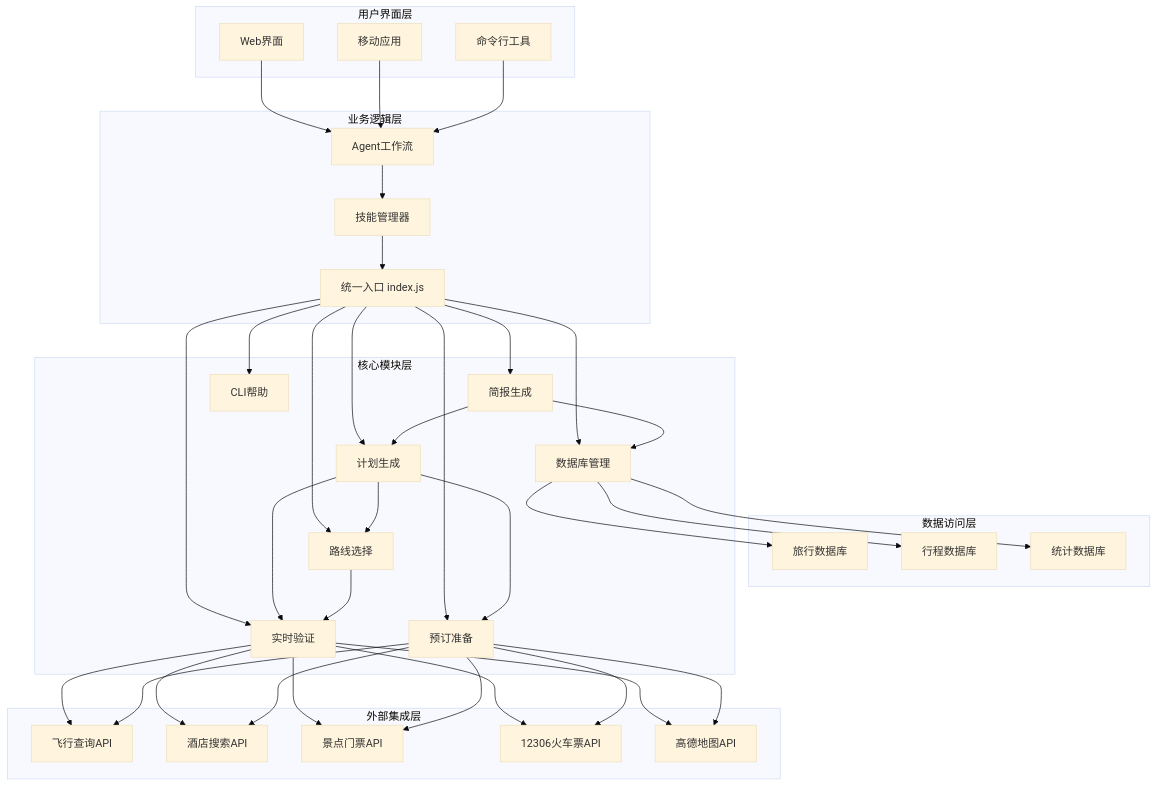
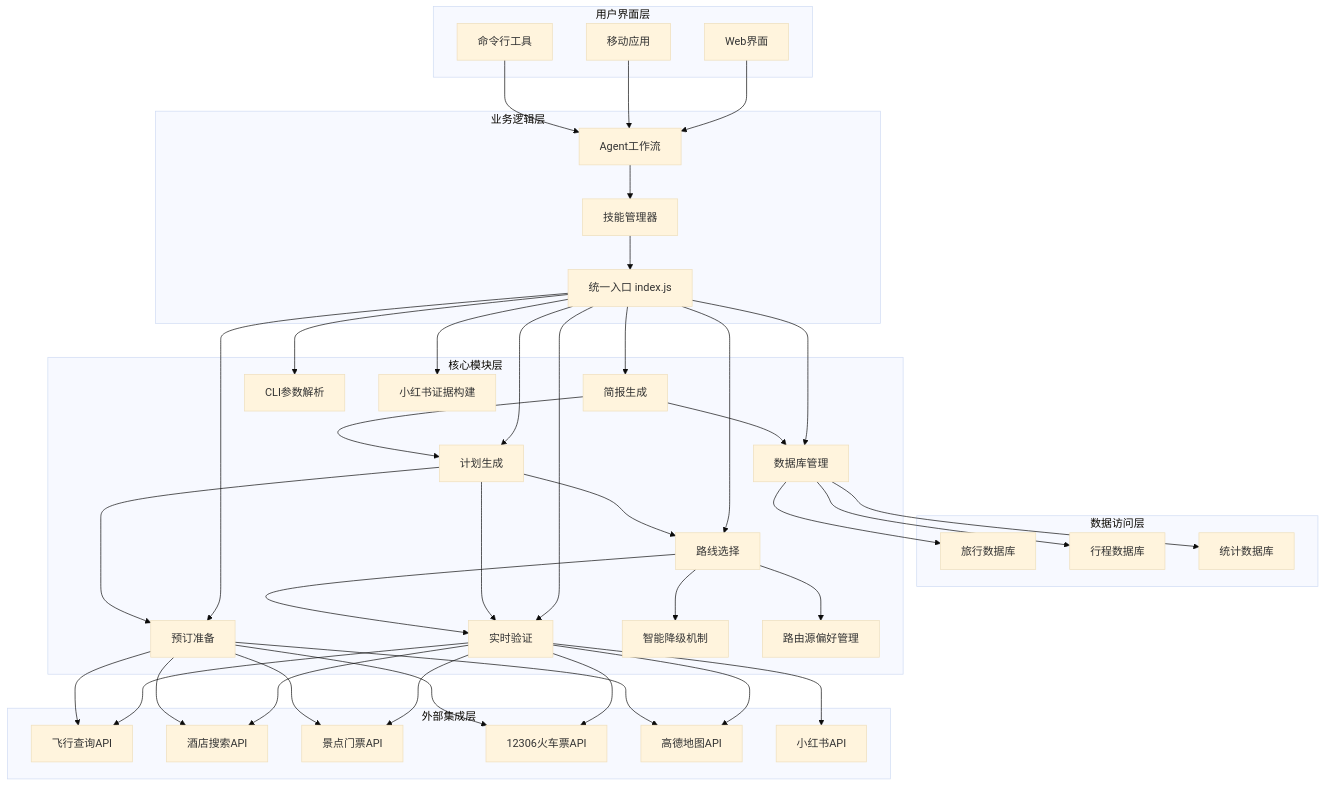
Before and after one commit to verse-ai-org/openclaw: the second of 8 diagrams in .qoder/repowiki/zh/content/技能平台/内置技能/旅行规划技能系统.md, drawn with Mermaid (base theme). The commit also changed other lines of this file and 16 other files, not shown here.

````diff
--- a/.qoder/repowiki/zh/content/技能平台/内置技能/旅行规划技能系统.md
+++ b/.qoder/repowiki/zh/content/技能平台/内置技能/旅行规划技能系统.md
@@ -204,65 +239,73 @@
 ```mermaid
 graph TB
 subgraph "用户界面层"
 A[Web界面]
 B[移动应用]
 C[命令行工具]
 end
 subgraph "业务逻辑层"
 D[Agent工作流]
 E[技能管理器]
 F[统一入口 index.js]
 end
 subgraph "数据访问层"
 G[旅行数据库]
 H[行程数据库]
 I[统计数据库]
 end
 subgraph "外部集成层"
 J[飞行查询API]
 K[酒店搜索API]
 L[景点门票API]
 M[12306火车票API]
 N[高德地图API]
+O[小红书API]
 end
 subgraph "核心模块层"
-O[数据库管理]
-P[计划生成]
-Q[路线选择]
-R[实时验证]
-S[预订准备]
-T[简报生成]
-U[CLI帮助]
+P[数据库管理]
+Q[计划生成]
+R[路线选择]
+S[实时验证]
+T[预订准备]
+U[简报生成]
+V[CLI参数解析]
+W[小红书证据构建]
+X[智能降级机制]
+Y[路由源偏好管理]
 end
 A --> D
 B --> D
 C --> D
 D --> E
 E --> F
-F --> O
 F --> P
 F --> Q
 F --> R
 F --> S
 F --> T
 F --> U
-O --> G
-O --> H
-O --> I
-P --> Q
-P --> R
-P --> S
+F --> V
+F --> W
+R --> X
+R --> Y
+P --> G
+P --> H
+P --> I
 Q --> R
-R --> J
-R --> K
-R --> L
-R --> M
-R --> N
+Q --> S
+Q --> T
+R --> S
 S --> J
 S --> K
 S --> L
 S --> M
 S --> N
-T --> O
-T --> P
+S --> O
+T --> J
+T --> K
+T --> L
+T --> M
+T --> N
+U --> P
+U --> Q
 ```
````
